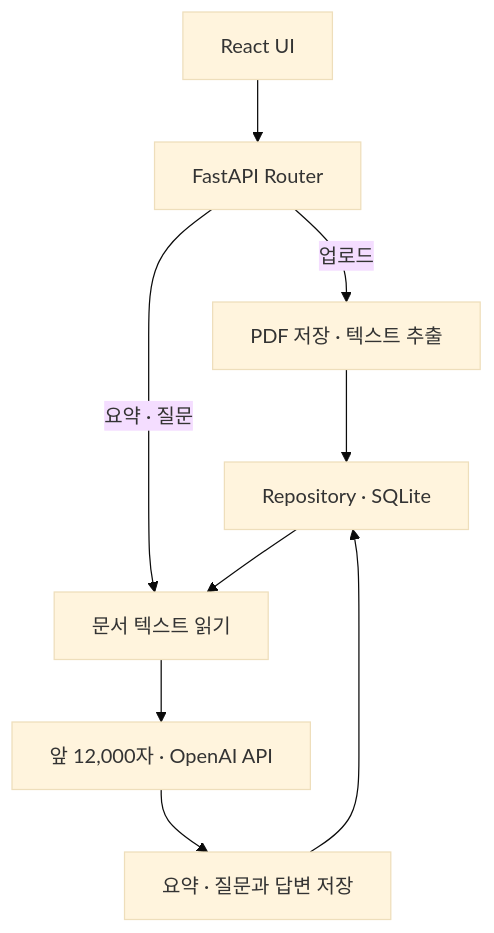
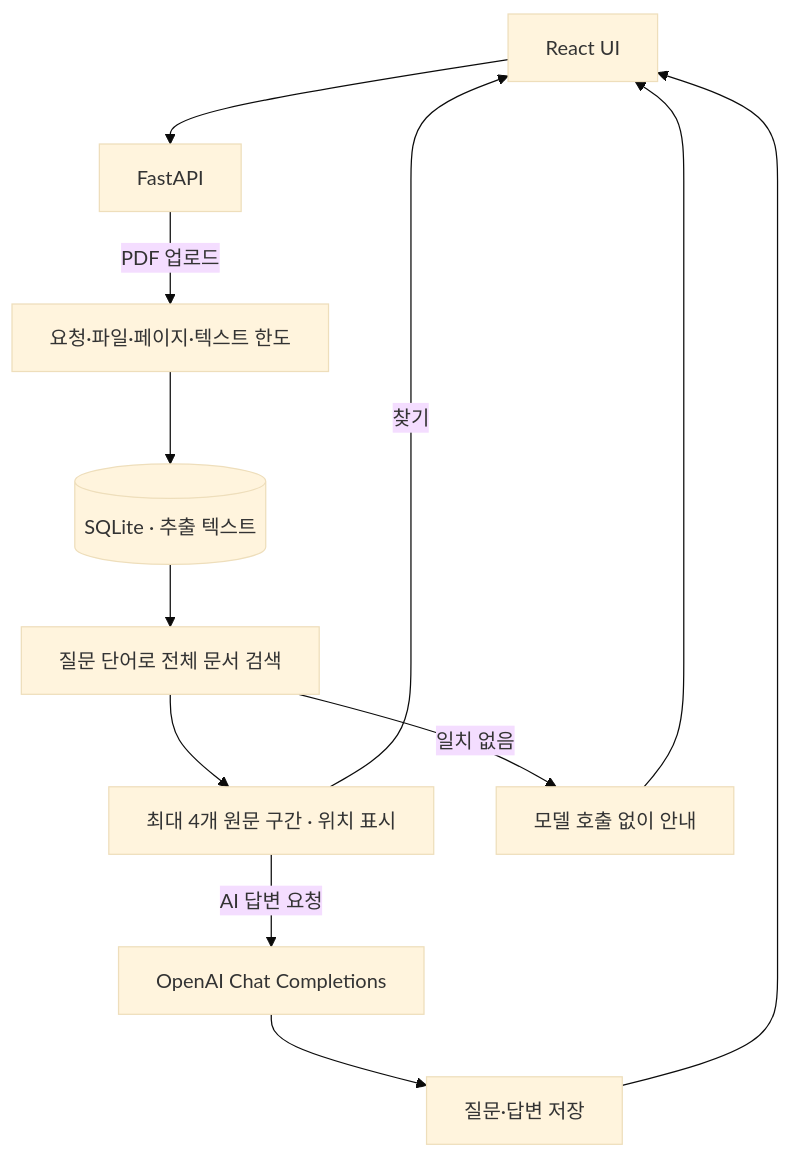
The diagram in README.md (NIGHTPURI/docinsight-ai), drawn with Mermaid (base theme) before and after one commit. The commit also changed other lines of this file and 29 other files, not shown here.

````diff
--- a/README.md
+++ b/README.md
@@ -56,11 +9,14 @@
 ```mermaid
 flowchart TD
-    U["React UI"] --> R["FastAPI Router"]
-    R -->|업로드| P["PDF 저장 · 텍스트 추출"]
-    P --> D["Repository · SQLite"]
-    R -->|요약 · 질문| S["문서 텍스트 읽기"]
-    D --> S
-    S --> L["앞 12,000자 · OpenAI API"]
-    L --> W["요약 · 질문과 답변 저장"]
-    W --> D
+    U[React UI] --> R[FastAPI]
+    R -->|PDF 업로드| B[요청·파일·페이지·텍스트 한도]
+    B --> D[(SQLite · 추출 텍스트)]
+    D --> S[질문 단어로 전체 문서 검색]
+    S --> E[최대 4개 원문 구간 · 위치 표시]
+    E -->|찾기| U
+    E -->|AI 답변 요청| A[OpenAI Chat Completions]
+    S -->|일치 없음| N[모델 호출 없이 안내]
+    A --> H[질문·답변 저장]
+    H --> U
+    N --> U
 ```
````
